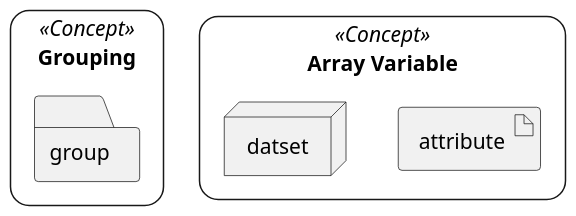
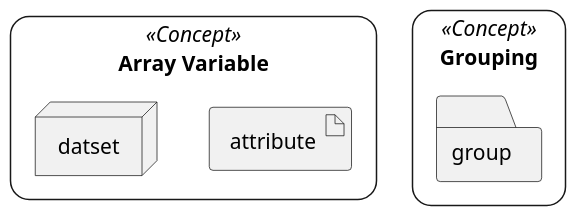
Before and after one commit to gheber/literate-hdf5: the fifth of 6 diagrams in hdf5-intro.org, drawn with PlantUML. The commit also changed other lines of this file and 1 other file, not shown here.

```diff
--- a/hdf5-intro.org
+++ b/hdf5-intro.org
@@ -272,15 +282,15 @@
 #+begin_src plantuml :file img/hdf5-primitives.png :exports results
 scale 1.5
 skinparam rectangle {
     roundCorner<<Concept>> 25
 }
 
-rectangle "Grouping" <<Concept>> {
-  folder "group"
-}
-
 rectangle "Array Variable" <<Concept>> {
   artifact " attribute "
   node "datset"
 }
+
+rectangle "Grouping" <<Concept>> {
+  folder "group"
+}
 #+end_src
```
